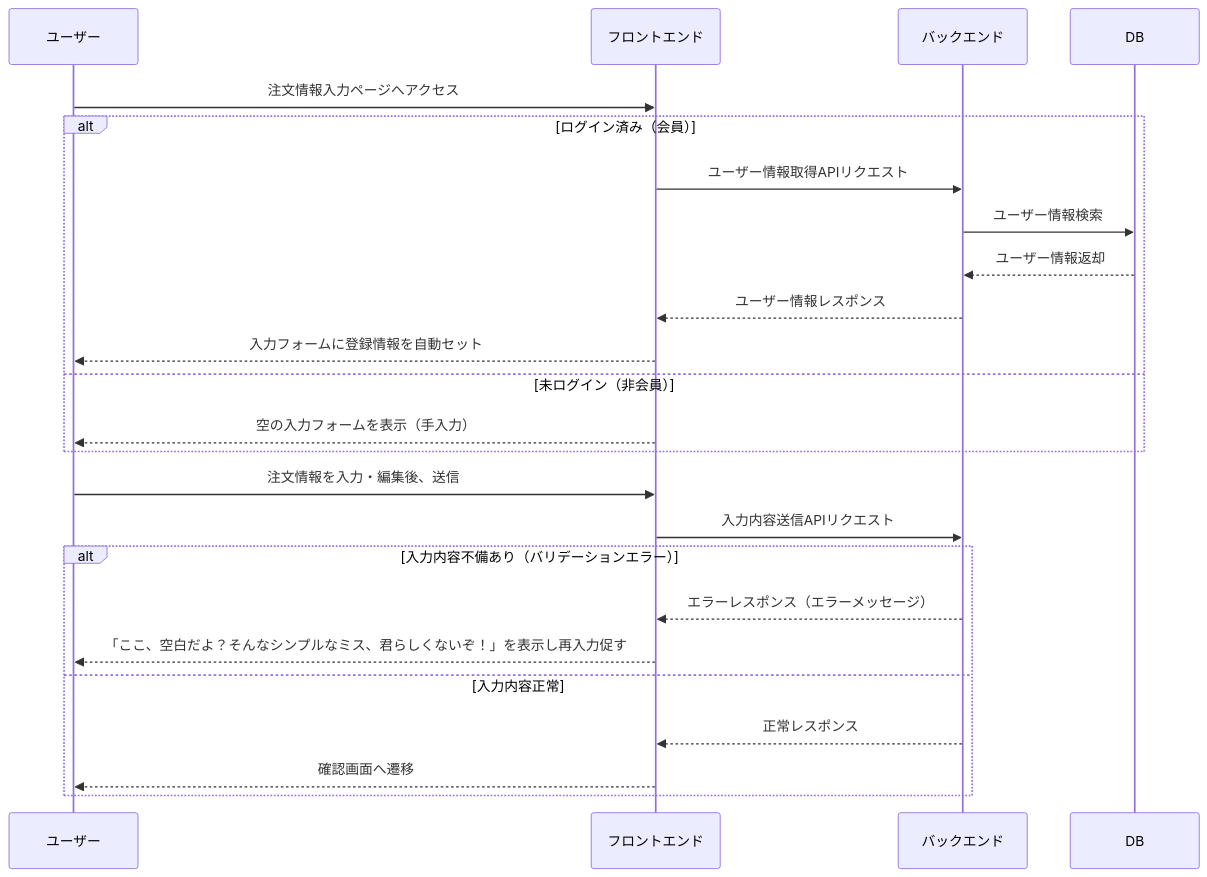
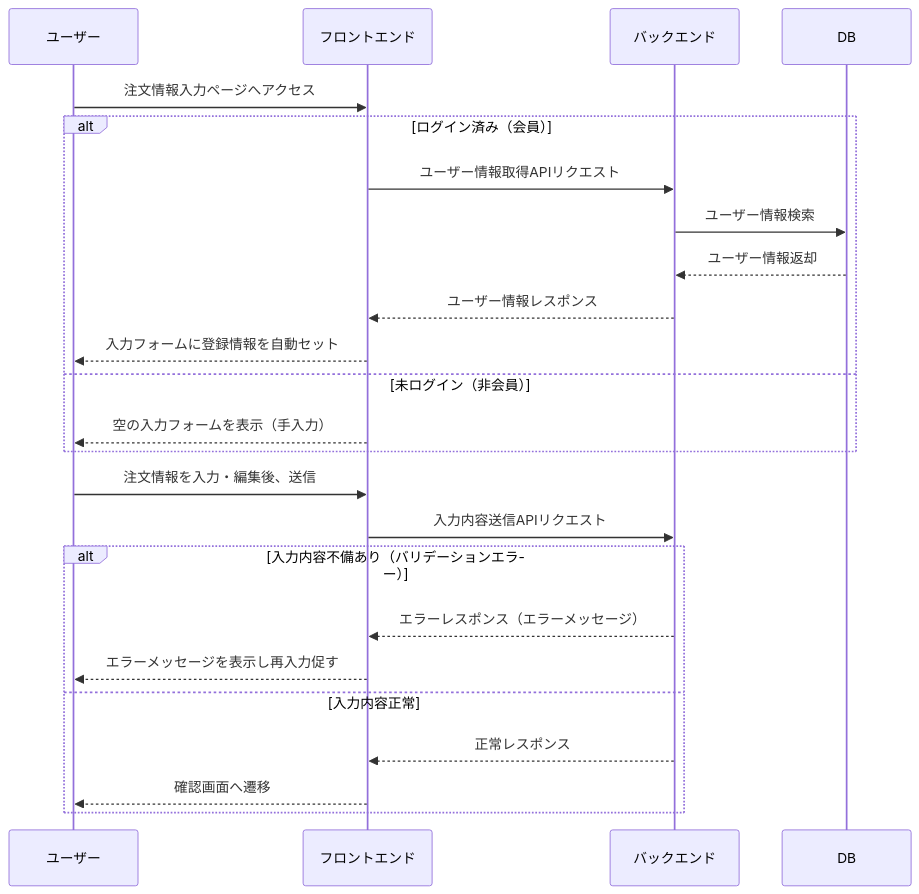
Before and after one commit to YUKlT0/Equipe: the fourth of 7 diagrams in 詳細設計/B1.md, drawn with Mermaid. The commit also changed other lines of this file, not shown here.

```diff
--- a/詳細設計/B1.md
+++ b/詳細設計/B1.md
@@ -232,35 +213,35 @@
 <div class="mermaid">
 
 sequenceDiagram
 participant ユーザー
 participant フロントエンド
 participant バックエンド
 participant DB
 
 ユーザー ->> フロントエンド: 注文情報入力ページへアクセス
 
 alt ログイン済み（会員）
     フロントエンド ->> バックエンド: ユーザー情報取得APIリクエスト
     バックエンド ->> DB: ユーザー情報検索
     DB -->> バックエンド: ユーザー情報返却
     バックエンド -->> フロントエンド: ユーザー情報レスポンス
     フロントエンド -->> ユーザー: 入力フォームに登録情報を自動セット
 
 else 未ログイン（非会員）
     フロントエンド -->> ユーザー: 空の入力フォームを表示（手入力）
 end
 
 ユーザー ->> フロントエンド: 注文情報を入力・編集後、送信
 
 フロントエンド ->> バックエンド: 入力内容送信APIリクエスト
 
 alt 入力内容不備あり（バリデーションエラー）
     バックエンド -->> フロントエンド: エラーレスポンス（エラーメッセージ）
-    フロントエンド -->> ユーザー: 「ここ、空白だよ？そんなシンプルなミス、君らしくないぞ！」を表示し再入力促す
+    フロントエンド -->> ユーザー: エラーメッセージを表示し再入力促す
 
 else 入力内容正常
     バックエンド -->> フロントエンド: 正常レスポンス
     フロントエンド -->> ユーザー: 確認画面へ遷移
 end
 
 </div>
```
